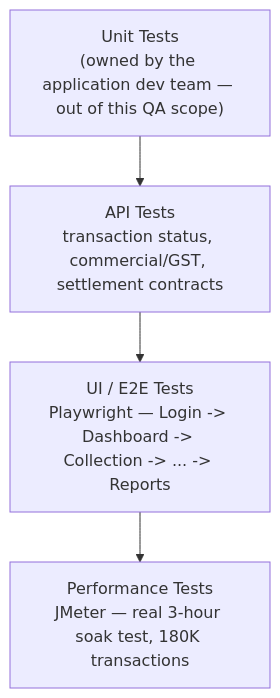
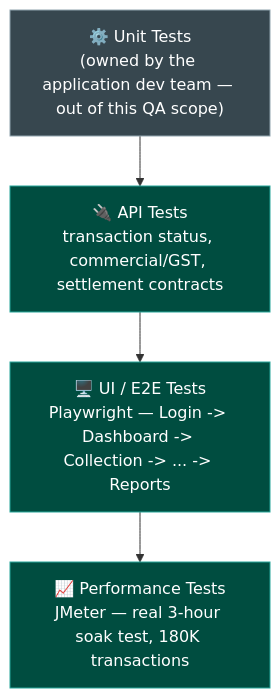
One commit to ghanendra-sdet/fintech-collection-engine changed the first of 2 diagrams in docs/tech-and-skills.md. Above: the diagram before and after it, drawn with Mermaid. The commit also changed other lines of this file, not shown here.

Commit message:
docs: enhance pipeline diagrams and correct test case count

````diff
--- a/docs/tech-and-skills.md
+++ b/docs/tech-and-skills.md
@@ -40,8 +40,13 @@
 ```mermaid
 flowchart TD
-    UNIT["Unit Tests<br/>(owned by the application dev team — out of this QA scope)"]
-    API["API Tests<br/>transaction status, commercial/GST, settlement contracts"]
-    UI["UI / E2E Tests<br/>Playwright — Login -> Dashboard -> Collection -> ... -> Reports"]
-    PERF["Performance Tests<br/>JMeter — real 3-hour soak test, 180K transactions"]
+    UNIT["⚙️ Unit Tests<br/>(owned by the application dev team — out of this QA scope)"]
+    API["🔌 API Tests<br/>transaction status, commercial/GST, settlement contracts"]
+    UI["🖥️ UI / E2E Tests<br/>Playwright — Login -> Dashboard -> Collection -> ... -> Reports"]
+    PERF["📈 Performance Tests<br/>JMeter — real 3-hour soak test, 180K transactions"]
     UNIT --> API --> UI --> PERF
+
+    classDef service fill:#004d40,stroke:#26a69a,color:#fff
+    classDef neutral fill:#37474f,stroke:#90a4ae,color:#fff
+    class UNIT neutral
+    class API,UI,PERF service
 ```
````
